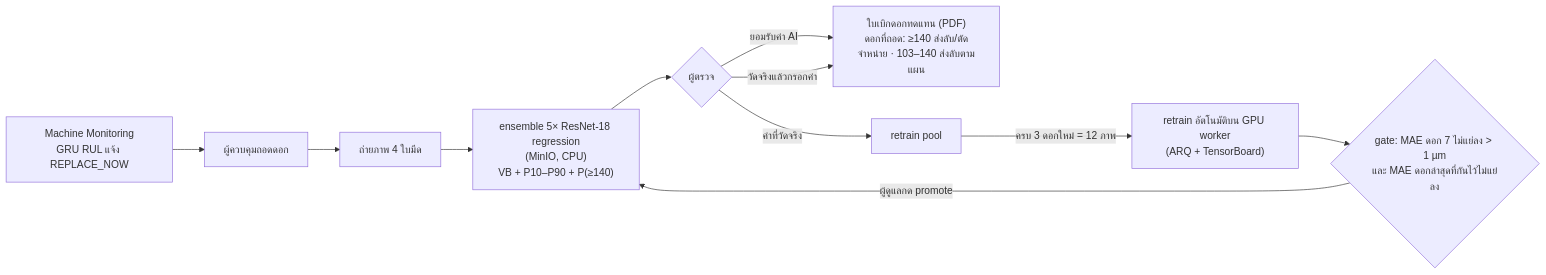
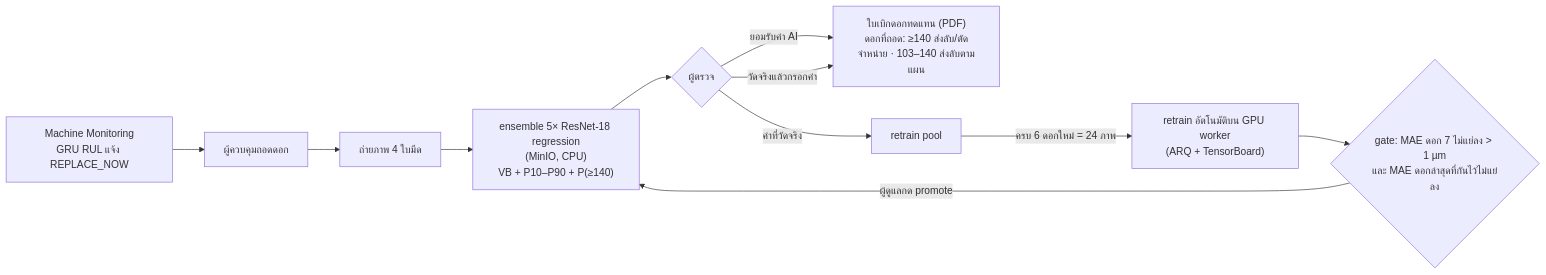
The diagram in nontime_docs/tool_vb_vision/Report_NonTimeSeries_VB.md (shironekoko/ai-ecosystem-Industrial-Predictive), drawn with Mermaid before and after one commit. The commit also changed other lines of this file and 58 other files, not shown here.

````diff
--- a/nontime_docs/tool_vb_vision/Report_NonTimeSeries_VB.md
+++ b/nontime_docs/tool_vb_vision/Report_NonTimeSeries_VB.md
@@ -281,13 +313,13 @@
 ```mermaid
 flowchart LR
   RUL["Machine Monitoring<br/>GRU RUL แจ้ง REPLACE_NOW"] --> RM["ผู้ควบคุมถอดดอก"]
   RM --> CAM["ถ่ายภาพ 4 ใบมีด"]
   CAM --> VB["ensemble 5× ResNet-18 regression<br/>(MinIO, CPU)<br/>VB + P10–P90 + P(≥140)"]
   VB --> RV{"ผู้ตรวจ"}
   RV -->|ยอมรับค่า AI| WO["ใบเบิกดอกทดแทน (PDF)<br/>ดอกที่ถอด: ≥140 ส่งลับ/ตัดจำหน่าย · 103–140 ส่งลับตามแผน"]
   RV -->|วัดจริงแล้วกรอกค่า| WO
   RV -->|ค่าที่วัดจริง| POOL["retrain pool"]
-  POOL -->|ครบ 3 ดอกใหม่ = 12 ภาพ| RT["retrain อัตโนมัติบน GPU worker<br/>(ARQ + TensorBoard)"]
+  POOL -->|ครบ 6 ดอกใหม่ = 24 ภาพ| RT["retrain อัตโนมัติบน GPU worker<br/>(ARQ + TensorBoard)"]
   RT --> GATE{"gate: MAE ดอก 7 ไม่แย่ลง > 1 µm<br/>และ MAE ดอกล่าสุดที่กันไว้ไม่แย่ลง"}
   GATE -->|ผู้ดูแลกด promote| VB
 ```
````
